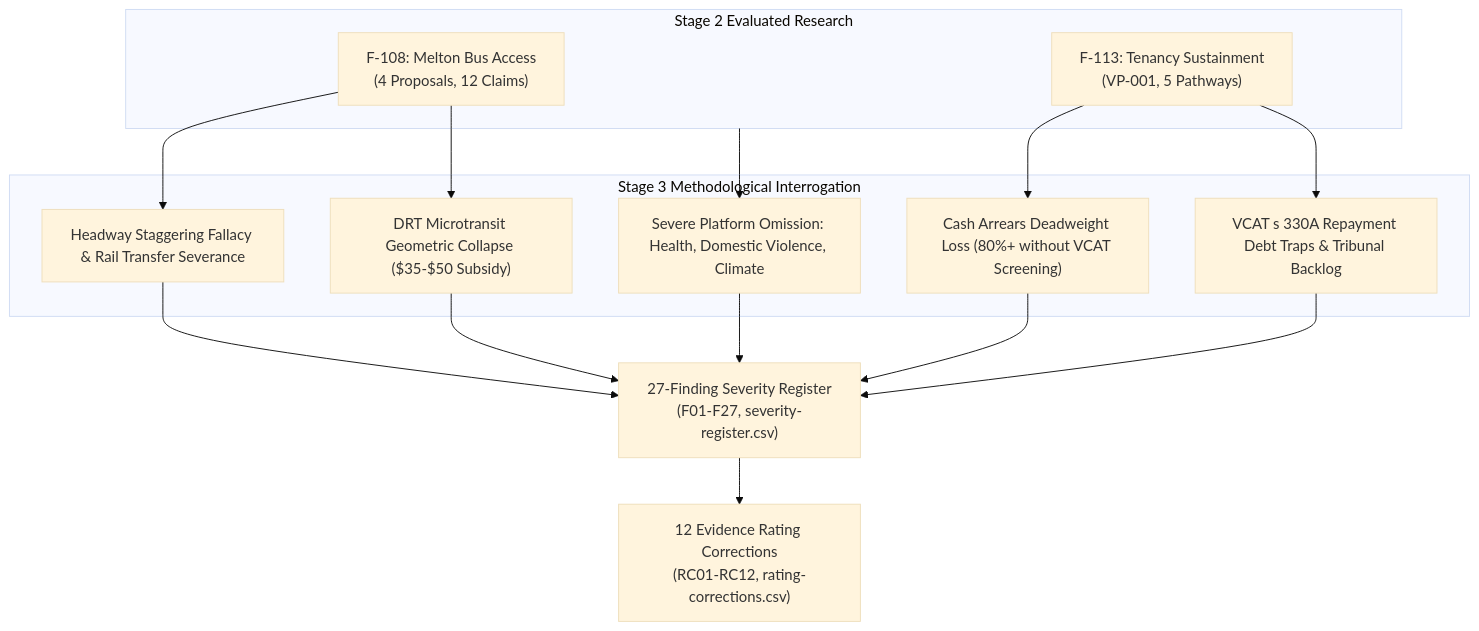
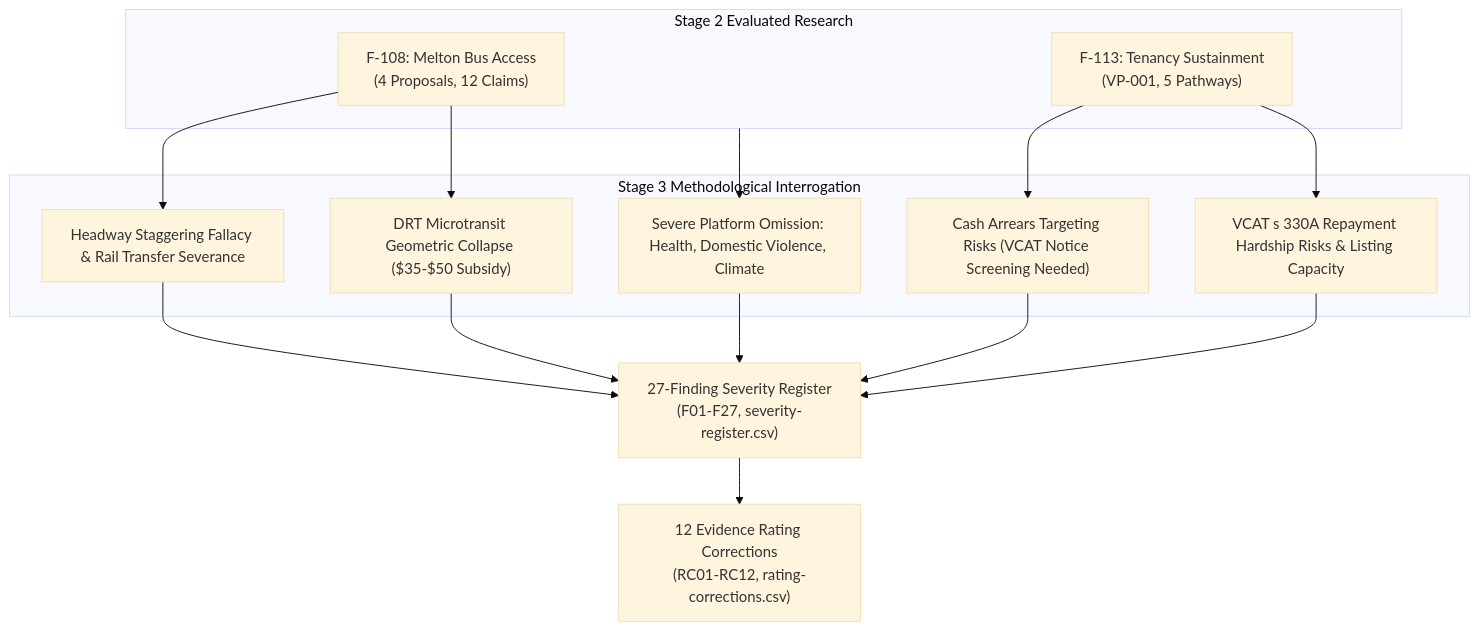
Before and after one commit to Fusion-Party-Aus/policy-research: the diagram in vic/policy-challenge-f-109/brief.md, drawn with Mermaid (base theme). The commit also changed other lines of this file and 11 other files, not shown here.

````diff
--- a/vic/policy-challenge-f-109/brief.md
+++ b/vic/policy-challenge-f-109/brief.md
@@ -25,24 +25,24 @@
 ```mermaid
 flowchart TD
     subgraph Stage2Evaluated["Stage 2 Evaluated Research"]
         F108["F-108: Melton Bus Access<br/>(4 Proposals, 12 Claims)"]
         F113["F-113: Tenancy Sustainment<br/>(VP-001, 5 Pathways)"]
     end
 
     subgraph Stage3Challenge["Stage 3 Methodological Interrogation"]
         Crit1["Headway Staggering Fallacy & Rail Transfer Severance"]
         Crit2["DRT Microtransit Geometric Collapse ($35-$50 Subsidy)"]
-        Crit3["Cash Arrears Deadweight Loss (80%+ without VCAT Screening)"]
-        Crit4["VCAT s 330A Repayment Debt Traps & Tribunal Backlog"]
+        Crit3["Cash Arrears Targeting Risks (VCAT Notice Screening Needed)"]
+        Crit4["VCAT s 330A Repayment Hardship Risks & Listing Capacity"]
         Crit5["Severe Platform Omission: Health, Domestic Violence, Climate"]
     end
 
     F108 --> Crit1
     F108 --> Crit2
     F113 --> Crit3
     F113 --> Crit4
     Stage2Evaluated --> Crit5
 
     Crit1 & Crit2 & Crit3 & Crit4 & Crit5 --> Register["27-Finding Severity Register<br/>(F01-F27, severity-register.csv)"]
     Register --> Corrections["12 Evidence Rating Corrections<br/>(RC01-RC12, rating-corrections.csv)"]
 ```
````
